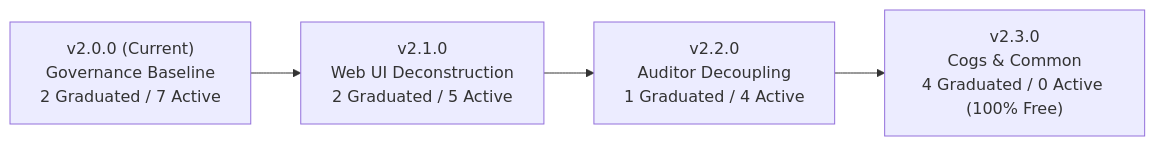
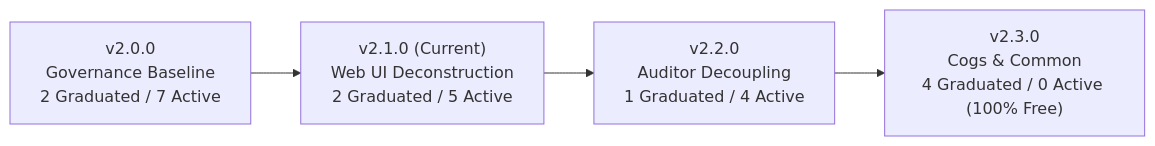
One commit to artibyrd/powercord changed the diagram in ROADMAP.md. Above: the diagram before and after it, drawn with Mermaid. The commit also changed other lines of this file and 17 other files, not shown here.

````diff
--- a/ROADMAP.md
+++ b/ROADMAP.md
@@ -18,6 +18,6 @@
 ```mermaid
 graph LR
-    M20["v2.0.0 (Current)<br/>Governance Baseline<br/>2 Graduated / 7 Active"] --> M21["v2.1.0<br/>Web UI Deconstruction<br/>2 Graduated / 5 Active"]
+    M20["v2.0.0<br/>Governance Baseline<br/>2 Graduated / 7 Active"] --> M21["v2.1.0 (Current)<br/>Web UI Deconstruction<br/>2 Graduated / 5 Active"]
     M21 --> M22["v2.2.0<br/>Auditor Decoupling<br/>1 Graduated / 4 Active"]
     M22 --> M23["v2.3.0<br/>Cogs & Common<br/>4 Graduated / 0 Active (100% Free)"]
 ```
````
